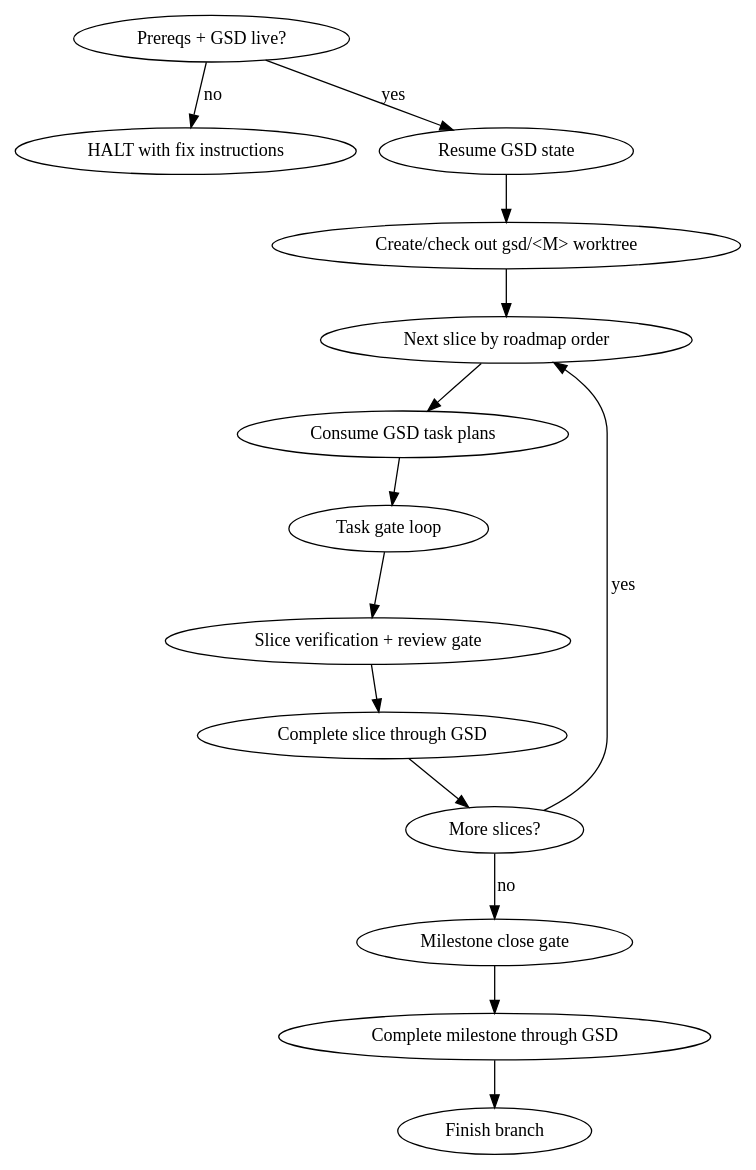
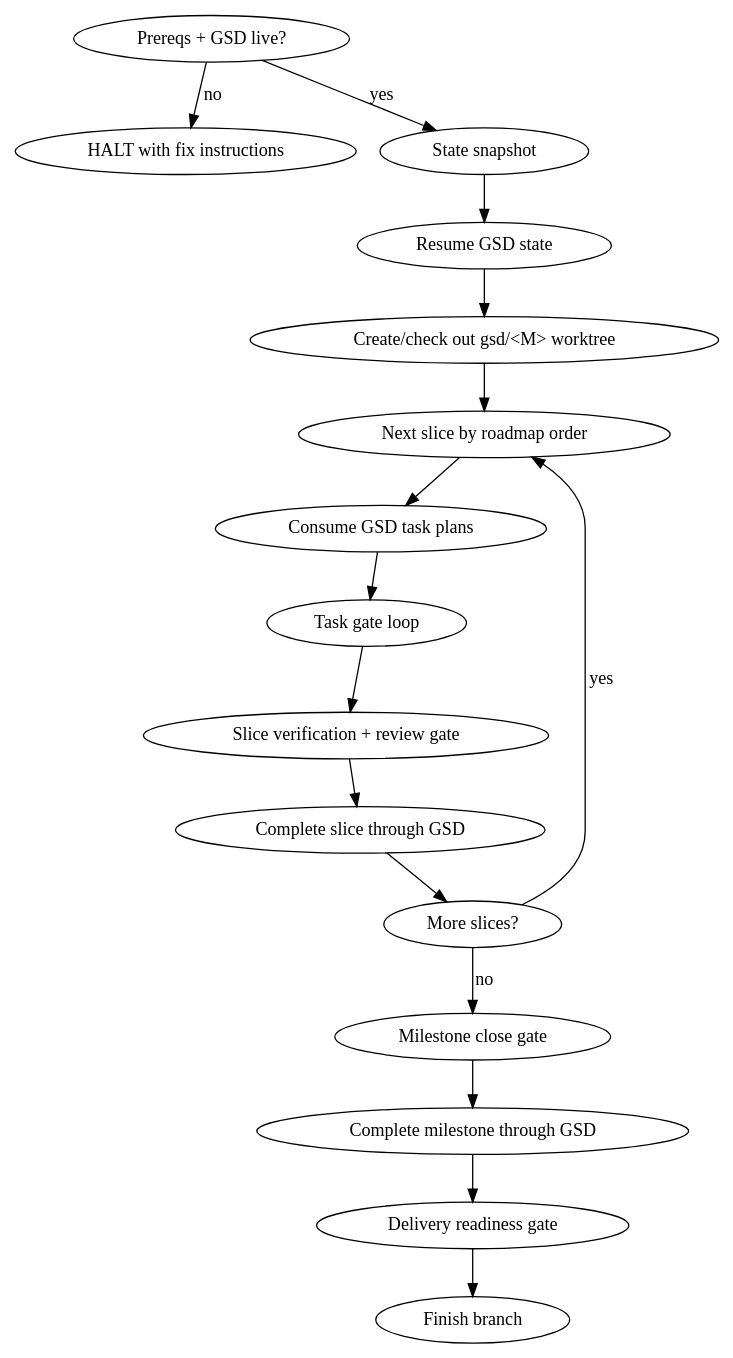
One commit to cheng750824-art/superpowers changed the diagram in skills/gsdxsuperpower/SKILL.md. Above: the diagram before and after it, drawn with Graphviz. The commit also changed other lines of this file, not shown here.

Commit message:
docs(gsdxsuperpower): add state and delivery gates

````diff
--- a/skills/gsdxsuperpower/SKILL.md
+++ b/skills/gsdxsuperpower/SKILL.md
@@ -42,17 +44,19 @@
 ```dot
 digraph gsdxsuperpower {
   "Prereqs + GSD live?" -> "HALT with fix instructions" [label="no"];
-  "Prereqs + GSD live?" -> "Resume GSD state" [label="yes"];
+  "Prereqs + GSD live?" -> "State snapshot" [label="yes"];
+  "State snapshot" -> "Resume GSD state";
   "Resume GSD state" -> "Create/check out gsd/<M> worktree";
   "Create/check out gsd/<M> worktree" -> "Next slice by roadmap order";
   "Next slice by roadmap order" -> "Consume GSD task plans";
   "Consume GSD task plans" -> "Task gate loop";
   "Task gate loop" -> "Slice verification + review gate";
   "Slice verification + review gate" -> "Complete slice through GSD";
   "Complete slice through GSD" -> "More slices?";
   "More slices?" -> "Next slice by roadmap order" [label="yes"];
   "More slices?" -> "Milestone close gate" [label="no"];
   "Milestone close gate" -> "Complete milestone through GSD";
-  "Complete milestone through GSD" -> "Finish branch";
+  "Complete milestone through GSD" -> "Delivery readiness gate";
+  "Delivery readiness gate" -> "Finish branch";
 }
 ```
````
